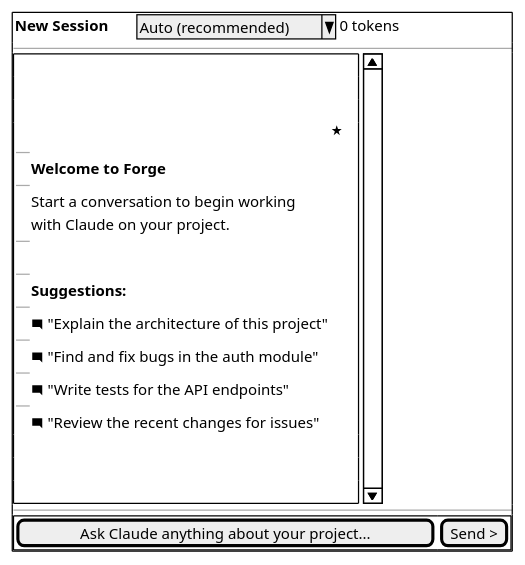
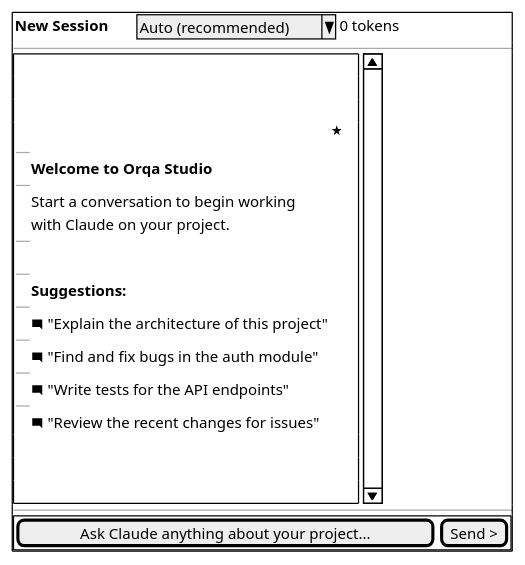
The sixth of 7 diagrams in docs/wireframes/conversation-view.md (orqastudio/app), drawn with PlantUML before and after one commit. The commit also changed other lines of this file and 295 other files, not shown here.

First line of the commit message:
Rename src/ to ui/, rebrand Forge to Orqa Studio, update WelcomeScreen

````diff
--- a/docs/wireframes/conversation-view.md
+++ b/docs/wireframes/conversation-view.md
@@ -300,38 +300,38 @@
 ```plantuml
 @startsalt
 {+
   { <b>New Session</b> | . | . | . | . | ^Auto (recommended)^ | 0 tokens }
   ---
   {SI
     .
     .
     .
     {
       . | . | <&star> | . | .
       ---
-      . | <b>Welcome to Forge</b>
+      . | <b>Welcome to Orqa Studio</b>
       ---
       . | Start a conversation to begin working
       . | with Claude on your project.
       ---
       . | .
       ---
       . | <b>Suggestions:</b>
       ---
       . | <&comment-square> "Explain the architecture of this project"
       ---
       . | <&comment-square> "Find and fix bugs in the auth module"
       ---
       . | <&comment-square> "Write tests for the API endpoints"
       ---
       . | <&comment-square> "Review the recent changes for issues"
     }
     .
     .
     .
   }
   ---
   {+ [Ask Claude anything about your project...] | [Send >] }
 }
 @endsalt
 ```
````
